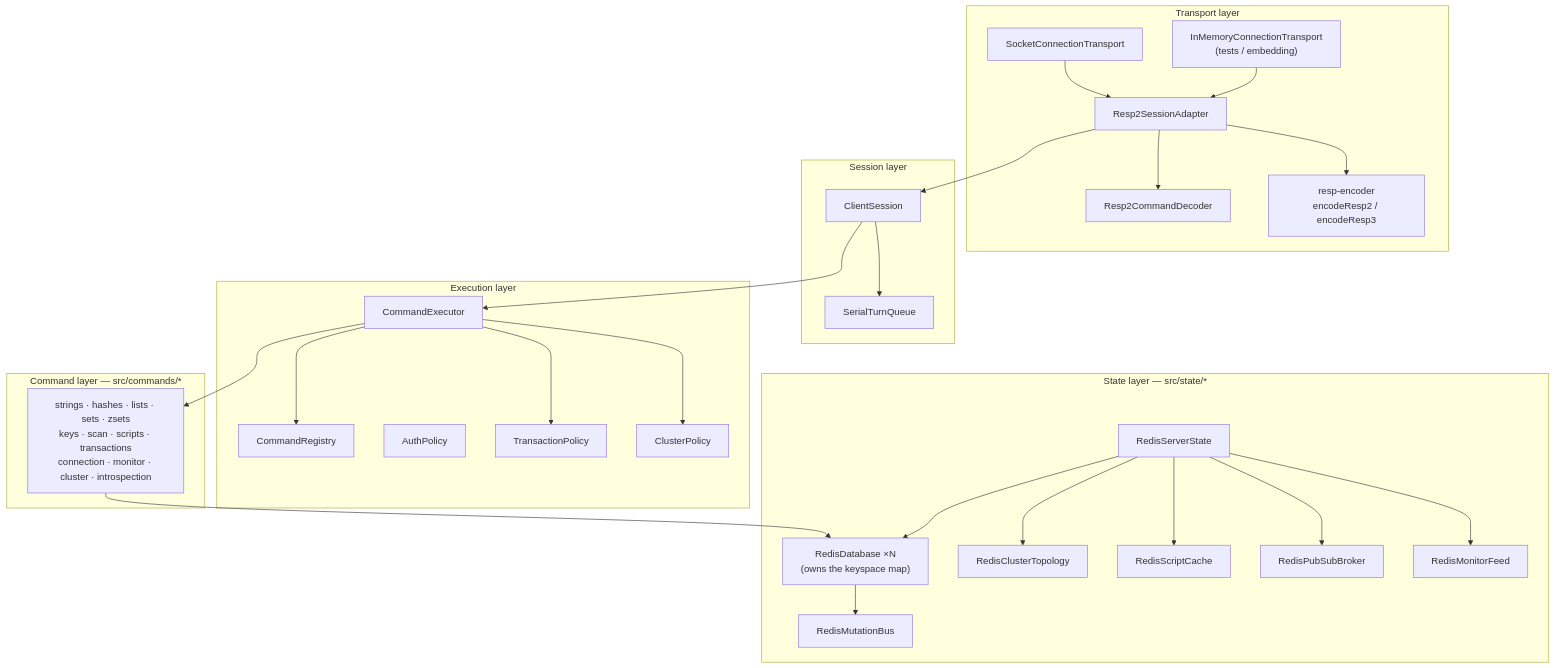
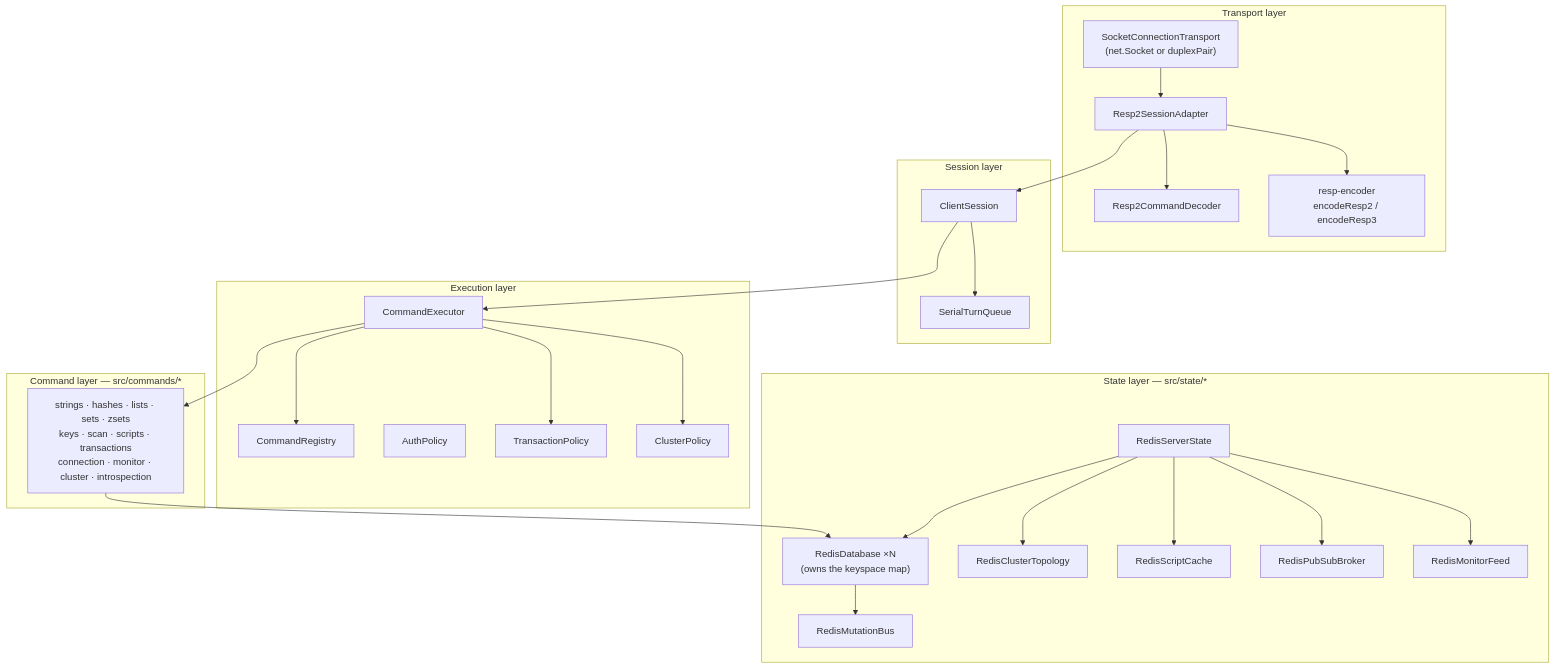
The second of 6 diagrams in docs/ARCHITECTURE.md (fatal10110/js-redis-server), drawn with Mermaid before and after one commit. The commit also changed other lines of this file and 16 other files, not shown here.

````diff
--- a/docs/ARCHITECTURE.md
+++ b/docs/ARCHITECTURE.md
@@ -79,55 +79,54 @@
 ```mermaid
 graph TD
     subgraph "Transport layer"
-        ST[SocketConnectionTransport]
-        IT["InMemoryConnectionTransport<br/>(tests / embedding)"]
+        ST["SocketConnectionTransport<br/>(net.Socket or duplexPair)"]
         SA[Resp2SessionAdapter]
         DEC[Resp2CommandDecoder]
         ENC["resp-encoder<br/>encodeResp2 / encodeResp3"]
     end
 
     subgraph "Session layer"
         CS[ClientSession]
         TQ[SerialTurnQueue]
     end
 
     subgraph "Execution layer"
         CE[CommandExecutor]
         CR[CommandRegistry]
         AP[AuthPolicy]
         TP[TransactionPolicy]
         CP[ClusterPolicy]
     end
 
     subgraph "Command layer — src/commands/*"
         CMD["strings · hashes · lists · sets · zsets<br/>keys · scan · scripts · transactions<br/>connection · monitor · cluster · introspection"]
     end
 
     subgraph "State layer — src/state/*"
         SS[RedisServerState]
         RD["RedisDatabase ×N<br/>(owns the keyspace map)"]
         MB[RedisMutationBus]
         CT[RedisClusterTopology]
         SCC[RedisScriptCache]
         PB[RedisPubSubBroker]
         MF[RedisMonitorFeed]
     end
 
-    ST & IT --> SA
+    ST --> SA
     SA --> DEC
     SA --> ENC
     SA --> CS
     CS --> TQ
     CS --> CE
     CE --> CR
     CE --> TP
     CE --> CP
     CE --> CMD
     CMD --> RD
     SS --> RD
     SS --> CT
     SS --> SCC
     SS --> PB
     SS --> MF
     RD --> MB
 ```
````
